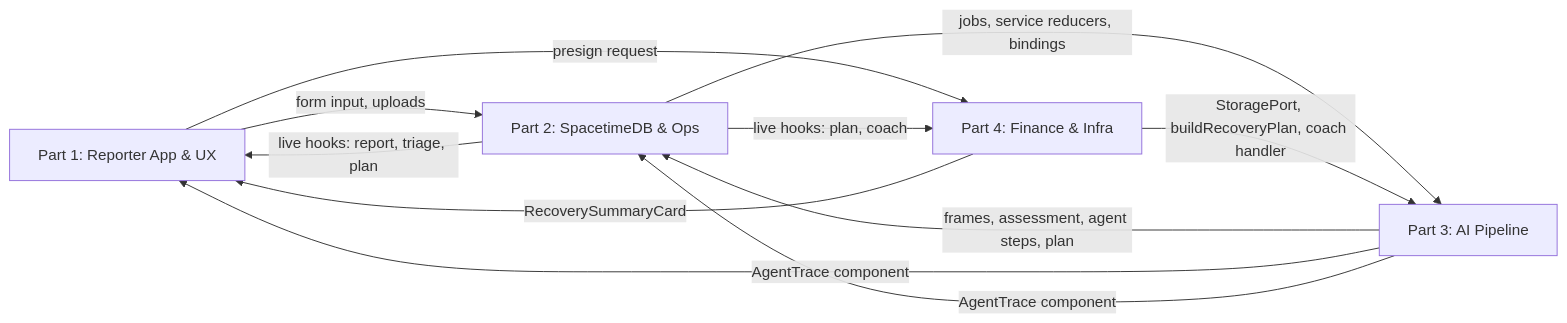
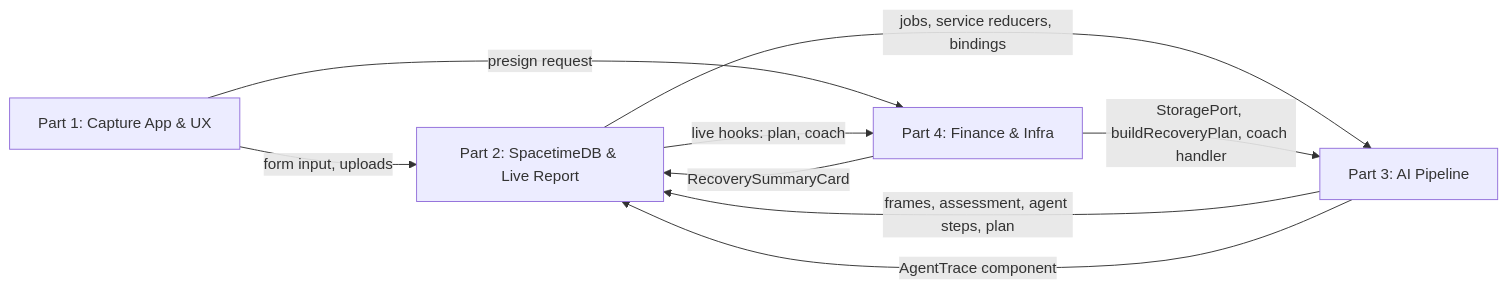
The diagram in IMPLEMENTATION_PLAN.md (sarah-min/HackUTD26), drawn with Mermaid before and after one commit. The commit also changed other lines of this file and 13 other files, not shown here.

````diff
--- a/IMPLEMENTATION_PLAN.md
+++ b/IMPLEMENTATION_PLAN.md
@@ -237,13 +229,11 @@
 ```mermaid
 flowchart LR
-  P1[Part 1: Reporter App & UX] -->|form input, uploads| P2[Part 2: SpacetimeDB & Ops]
+  P1[Part 1: Capture App & UX] -->|form input, uploads| P2[Part 2: SpacetimeDB & Live Report]
   P1 -->|presign request| P4[Part 4: Finance & Infra]
   P2 -->|jobs, service reducers, bindings| P3[Part 3: AI Pipeline]
   P4 -->|StoragePort, buildRecoveryPlan, coach handler| P3
   P3 -->|frames, assessment, agent steps, plan| P2
-  P2 -->|live hooks: report, triage, plan| P1
   P2 -->|live hooks: plan, coach| P4
-  P3 -->|AgentTrace component| P1
   P3 -->|AgentTrace component| P2
-  P4 -->|RecoverySummaryCard| P1
+  P4 -->|RecoverySummaryCard| P2
 ```
````
